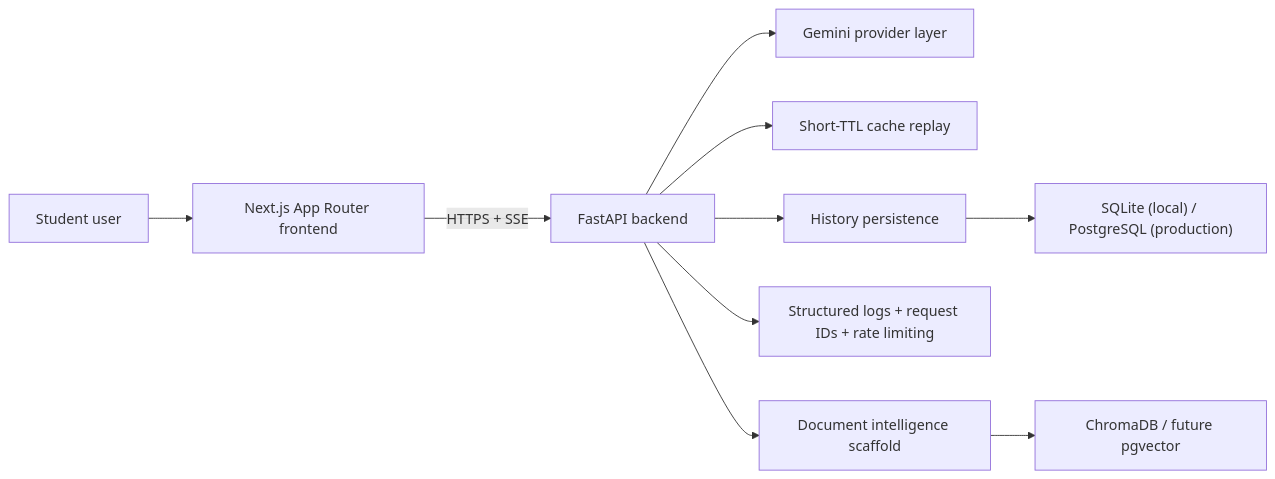
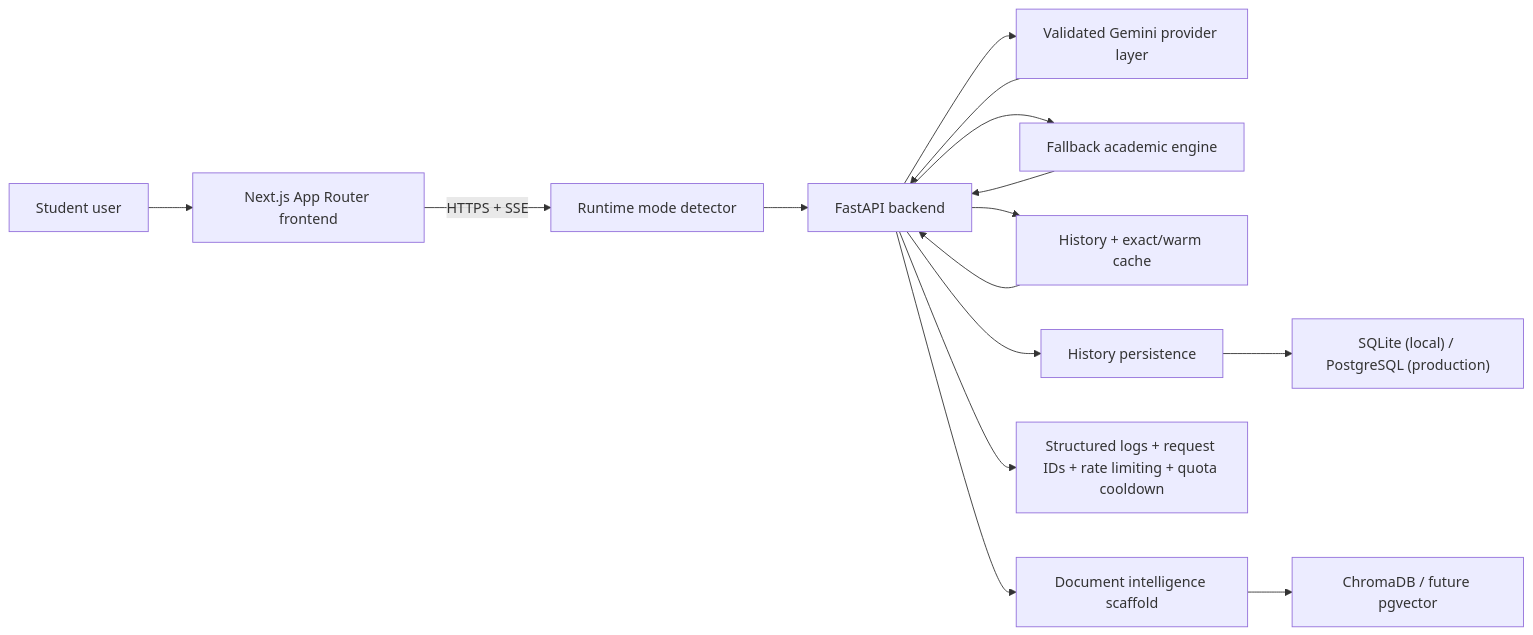
The first of 2 diagrams in ARCHITECTURE.md (tauqxxr7/scholr), drawn with Mermaid before and after one commit. The commit also changed other lines of this file and 3 other files, not shown here.

Commit message:
Document Scholr provider resilience and fallback academic mode

````diff
--- a/ARCHITECTURE.md
+++ b/ARCHITECTURE.md
@@ -9,12 +9,17 @@
 ```mermaid
 flowchart LR
     U["Student user"] --> F["Next.js App Router frontend"]
-    F -->|"HTTPS + SSE"| B["FastAPI backend"]
-    B --> G["Gemini provider layer"]
-    B --> C["Short-TTL cache replay"]
+    F -->|"HTTPS + SSE"| M["Runtime mode detector"]
+    M --> B["FastAPI backend"]
+    B --> G["Validated Gemini provider layer"]
+    B --> A["Fallback academic engine"]
+    B --> C["History + exact/warm cache"]
     B --> H["History persistence"]
-    B --> L["Structured logs + request IDs + rate limiting"]
+    B --> L["Structured logs + request IDs + rate limiting + quota cooldown"]
     H --> S["SQLite (local) / PostgreSQL (production)"]
     B --> R["Document intelligence scaffold"]
     R --> V["ChromaDB / future pgvector"]
+    G --> B
+    A --> B
+    C --> B
 ```
````
